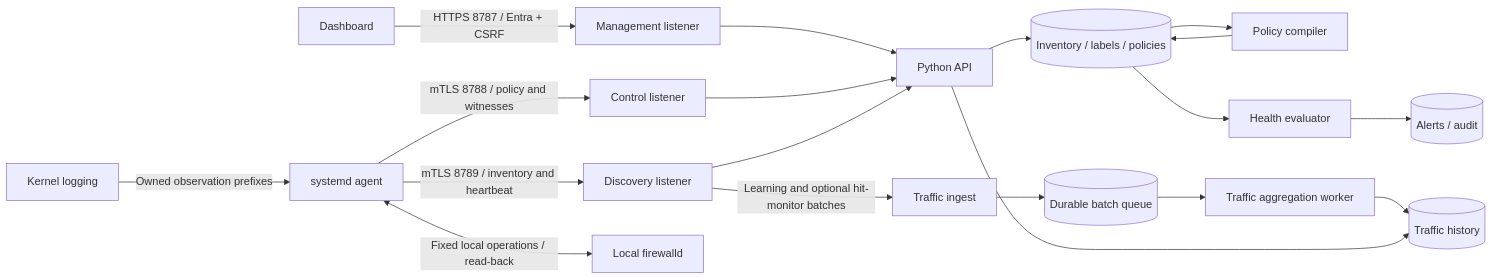
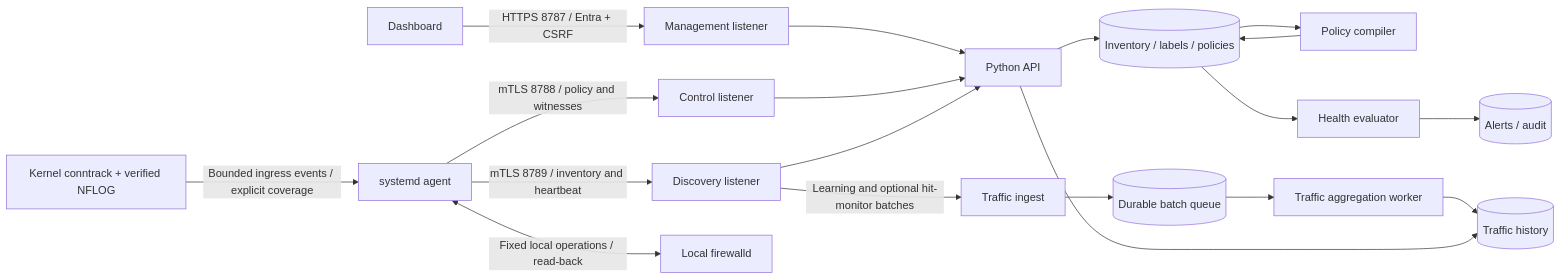
The diagram in docs/architecture.md (everyagelabs/Prrthak), drawn with Mermaid before and after one commit. The commit also changed other lines of this file and 50 other files, not shown here.

````diff
--- a/docs/architecture.md
+++ b/docs/architecture.md
@@ -78,21 +78,21 @@
 ```mermaid
 flowchart LR
   Browser[Dashboard] -->|HTTPS 8787 / Entra + CSRF| Management[Management listener]
   Agent[systemd agent] -->|mTLS 8788 / policy and witnesses| Control[Control listener]
   Agent -->|mTLS 8789 / inventory and heartbeat| Discovery[Discovery listener]
   Management --> API[Python API]
   Control --> API
   Discovery --> API
   API --> Inventory[(Inventory / labels / policies)]
   Inventory --> Compiler[Policy compiler]
   Compiler --> Inventory
   Inventory --> Health[Health evaluator]
   Health --> Events[(Alerts / audit)]
   Discovery -->|Learning and optional hit-monitor batches| Ingest[Traffic ingest]
   Ingest --> Queue[(Durable batch queue)]
   Queue --> Worker[Traffic aggregation worker]
   Worker --> Traffic[(Traffic history)]
   API --> Traffic
   Agent <-->|Fixed local operations / read-back| FW[Local firewalld]
-  Kernel[Kernel logging] -->|Owned observation prefixes| Agent
+  Kernel["Kernel conntrack + verified NFLOG"] -->|"Bounded ingress events / explicit coverage"| Agent
 ```
````
